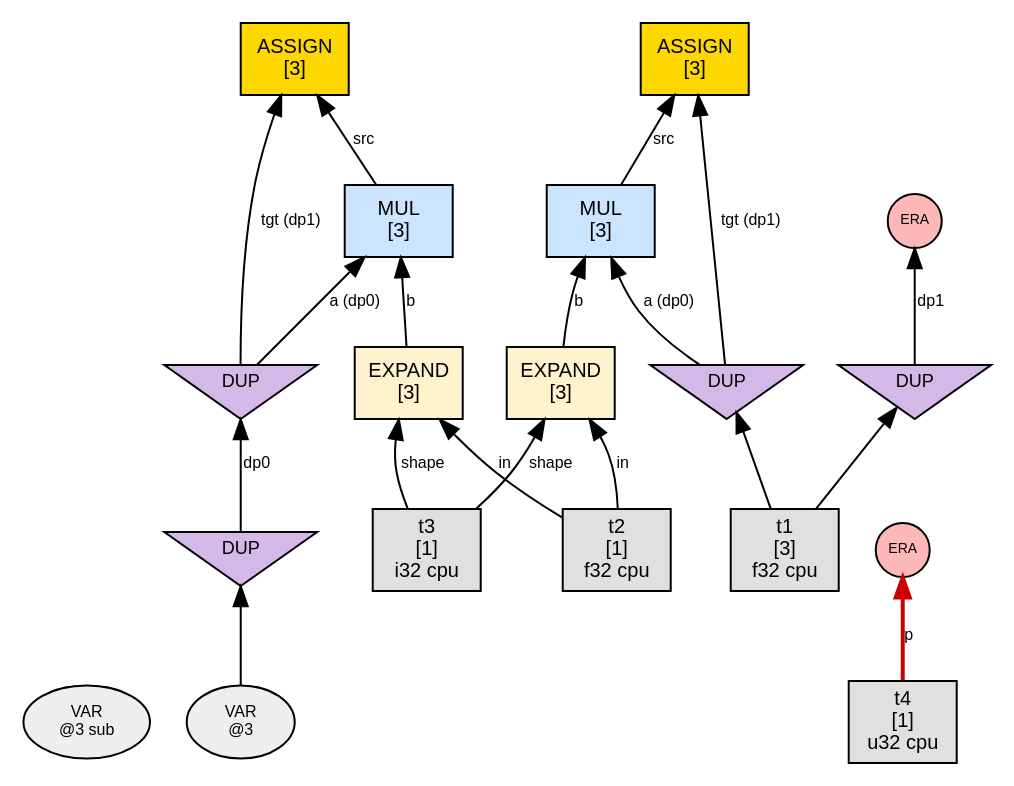
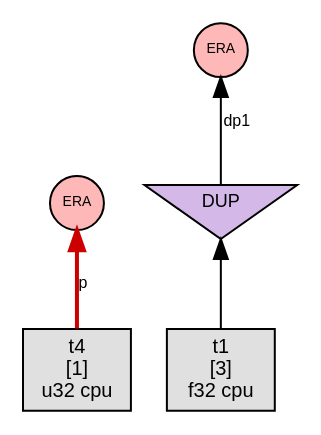
The diagram in phase1_graphs/loop_assign_simple/n2_steps/step_008_interact_DP0.dot (sw1sh/TinyHVM), drawn with Graphviz before and after one commit. The commit also changed 117 other files, not shown here.

First line of the commit message:
docs: regenerate loop graphs with root-only fix

```diff
--- a/phase1_graphs/loop_assign_simple/n2_steps/step_008_interact_DP0.dot
+++ b/phase1_graphs/loop_assign_simple/n2_steps/step_008_interact_DP0.dot
@@ -1,44 +1,16 @@
 digraph G {
   // PREV_INTERACTION: interact_DP0
   // NEXT_INTERACTION: interact_era_on_TEN
   rankdir=BT;
   node [fontname="Helvetica", fontsize=10, style=filled, shape=box, margin="0.1,0.05"];
   edge [fontsize=8, fontname="Helvetica"];
 
-  var3 [label="VAR\n@3 sub", shape=oval, fillcolor="#eeeeee", fontsize=8];
-  n10 [label="EXPAND\n[3]", shape=box, fillcolor="#fff3cd"];
-  t2 [label="t2\n[1]\nf32 cpu",shape=box,fillcolor="#e0e0e0"];
-  t2 -> n10 [label="in"];
-  t3 [label="t3\n[1]\ni32 cpu",shape=box,fillcolor="#e0e0e0"];
-  t3 -> n10 [label="shape"];
-  n14 [label="MUL\n[3]", shape=box, fillcolor="#cce5ff"];
-  dup8 [label="DUP", shape=invtriangle, fillcolor="#d4b8e8", fontsize=9, width=0.7, height=0.5];
-  dup7 -> dup8 [label="dp0"];
-  dup7 [label="DUP", shape=invtriangle, fillcolor="#d4b8e8", fontsize=9, width=0.7, height=0.5];
-  var7 [label="VAR\n@3", shape=oval, fillcolor="#eeeeee", fontsize=8];
-  var7 -> dup7;
-  dup8 -> n14 [label="a (dp0)"];
-  n10 -> n14 [label="b"];
-  n18 [label="ASSIGN\n[3]", shape=box, fillcolor="#ffd700"];
-  dup8 -> n18 [label="tgt (dp1)"];
-  n14 -> n18 [label="src"];
-  n47 [label="ASSIGN\n[3]", shape=box, fillcolor="#ffd700"];
-  dup49 [label="DUP", shape=invtriangle, fillcolor="#d4b8e8", fontsize=9, width=0.7, height=0.5];
-  t1 [label="t1\n[3]\nf32 cpu",shape=box,fillcolor="#e0e0e0"];
-  t1 -> dup49;
-  dup49 -> n47 [label="tgt (dp1)"];
-  n50 -> n47 [label="src"];
-  n50 [label="MUL\n[3]", shape=box, fillcolor="#cce5ff"];
-  dup49 -> n50 [label="a (dp0)"];
-  n52 -> n50 [label="b"];
-  n52 [label="EXPAND\n[3]", shape=box, fillcolor="#fff3cd"];
-  t2 -> n52 [label="in"];
-  t3 -> n52 [label="shape"];
   era59 [label="ERA",shape=circle,width=0.38,height=0.38,fixedsize=true,fillcolor="#ffb8b8",fontsize=7];
   t4 [label="t4\n[1]\nu32 cpu",shape=box,fillcolor="#e0e0e0"];
   t4 -> era59 [label="p",color="#cc0000",penwidth=2.0];
   era61 [label="ERA",shape=circle,width=0.38,height=0.38,fixedsize=true,fillcolor="#ffb8b8",fontsize=7];
   dup41 [label="DUP", shape=invtriangle, fillcolor="#d4b8e8", fontsize=9, width=0.7, height=0.5];
+  t1 [label="t1\n[3]\nf32 cpu",shape=box,fillcolor="#e0e0e0"];
   t1 -> dup41;
   dup41 -> era61 [label="dp1"];
 }
```
